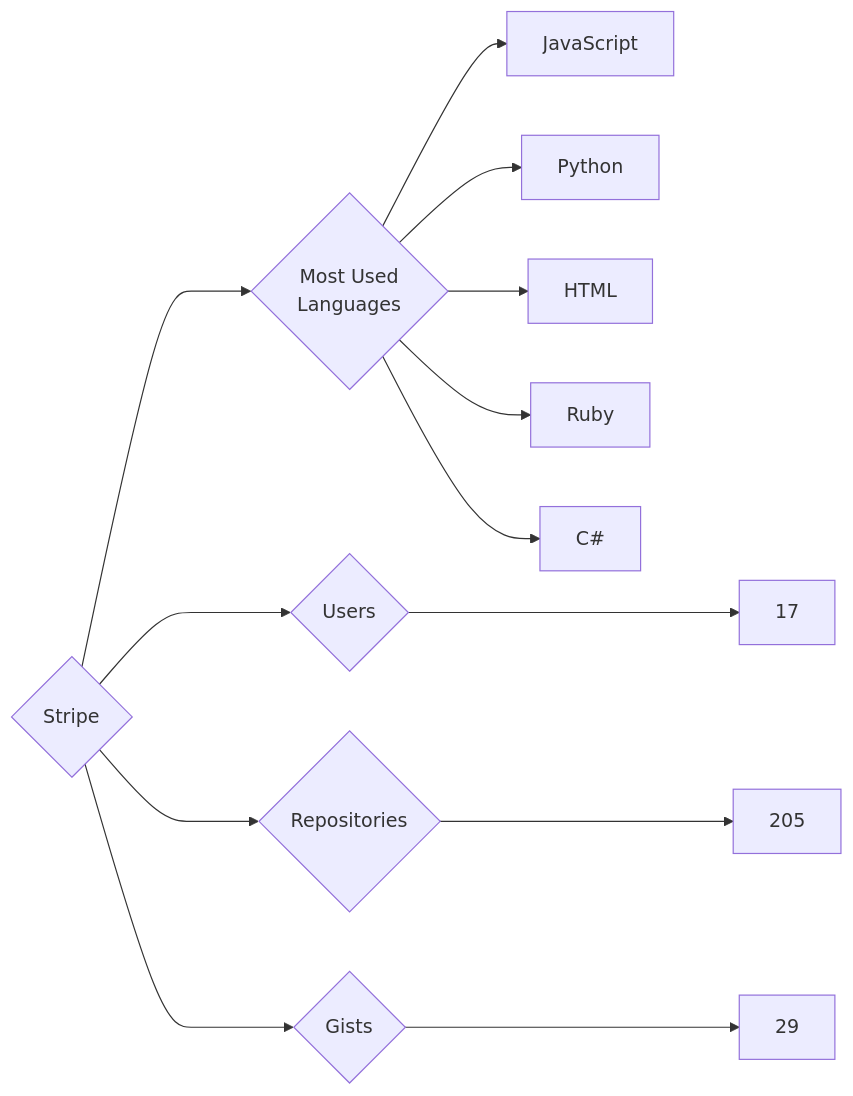
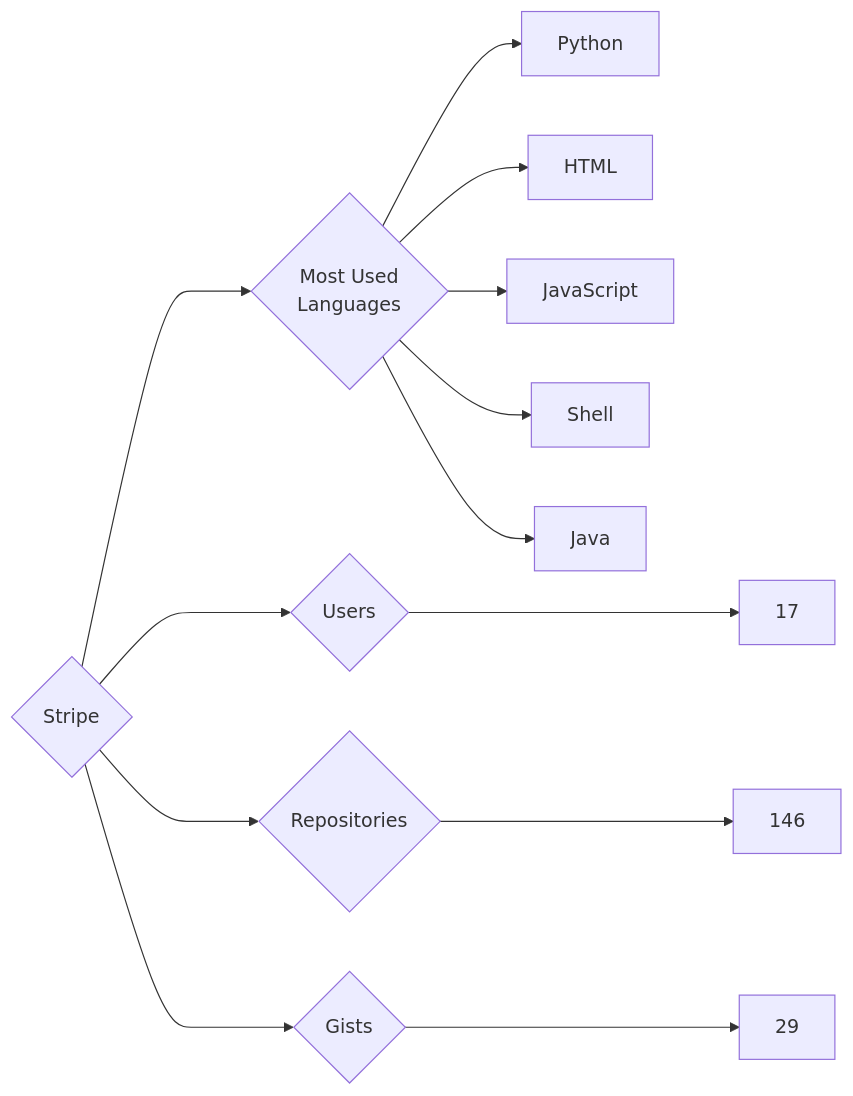
One commit to trickest/insiders changed the diagram in targets/Stripe/README.md. Above: the diagram before and after it, drawn with Mermaid. The commit also changed 895 other files, not shown here.

````diff
--- a/targets/Stripe/README.md
+++ b/targets/Stripe/README.md
@@ -3,13 +3,13 @@
 ```mermaid
 graph LR
 COMPANY_NAME{Stripe}
 COMPANY_NAME ---> U{Users} ---> UN[17]
-COMPANY_NAME ---> R{Repositories} ---> RN[205]
+COMPANY_NAME ---> R{Repositories} ---> RN[146]
 COMPANY_NAME ---> G{Gists} ---> GN[29]
 COMPANY_NAME ---> ML{Most Used<br>Languages}
-ML --> JavaScript[JavaScript]
 ML --> Python[Python]
 ML --> HTML[HTML]
-ML --> Ruby[Ruby]
-ML --> C#[C#]
+ML --> JavaScript[JavaScript]
+ML --> Shell[Shell]
+ML --> Java[Java]
 ```
````
